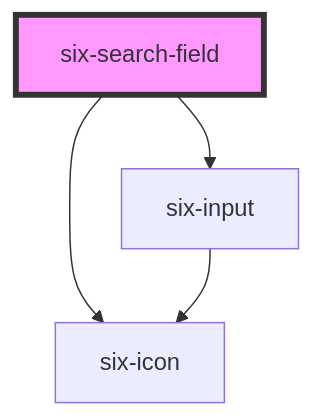
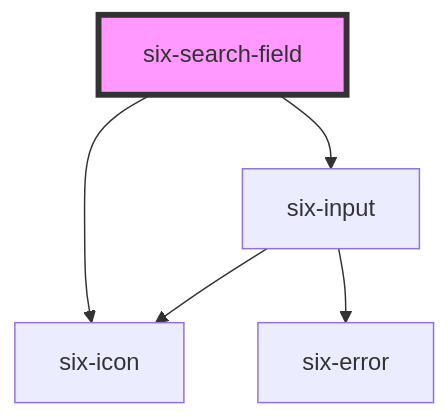
The diagram in libraries/ui-library/src/components/six-search-field/readme.md (six-group/six-webcomponents), drawn with Mermaid before and after one commit. The commit also changed 32 other files, not shown here.

Commit message:
Multiple errors + error slot for input items (#70)

````diff
--- a/libraries/ui-library/src/components/six-search-field/readme.md
+++ b/libraries/ui-library/src/components/six-search-field/readme.md
@@ -41,7 +41,8 @@
 ```mermaid
 graph TD;
   six-search-field --> six-input
   six-search-field --> six-icon
   six-input --> six-icon
+  six-input --> six-error
   style six-search-field fill:#f9f,stroke:#333,stroke-width:4px
 ```
````
